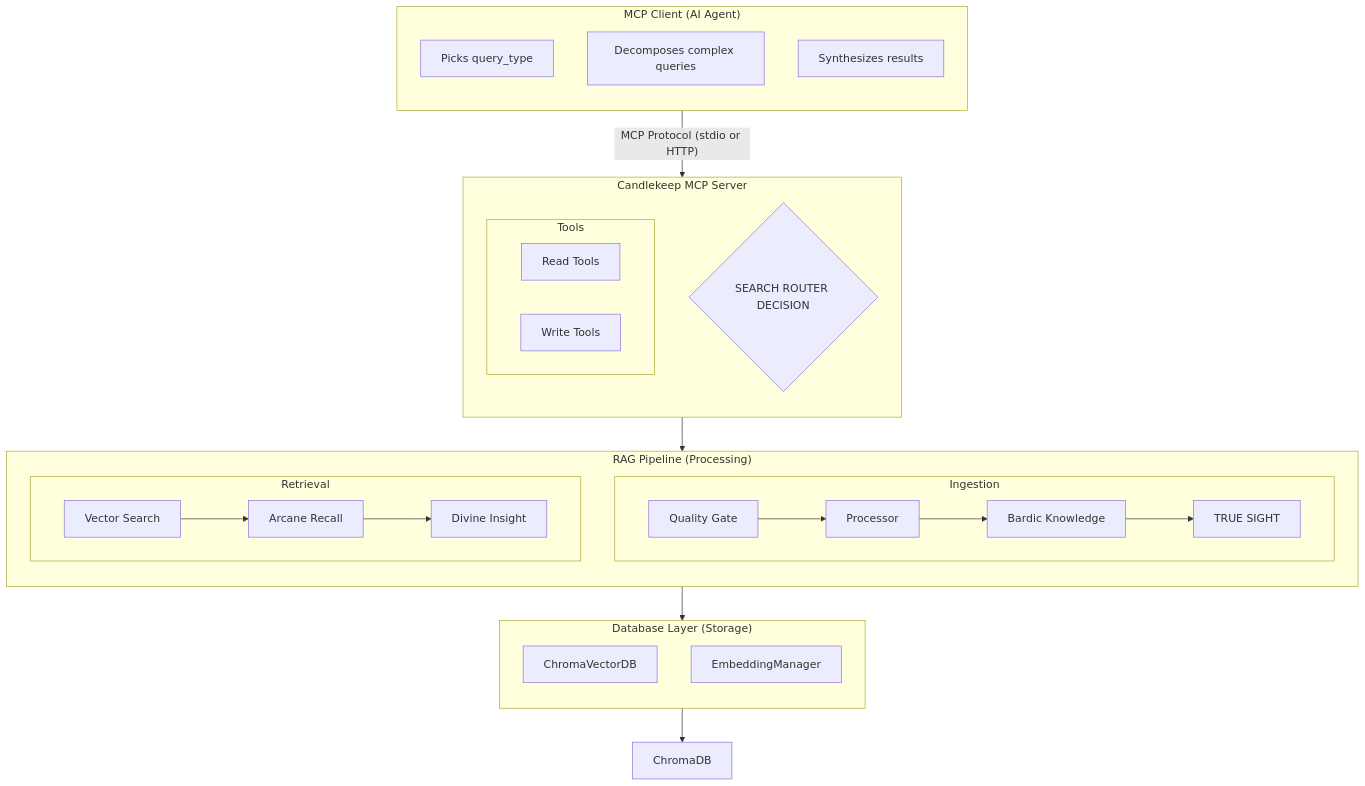
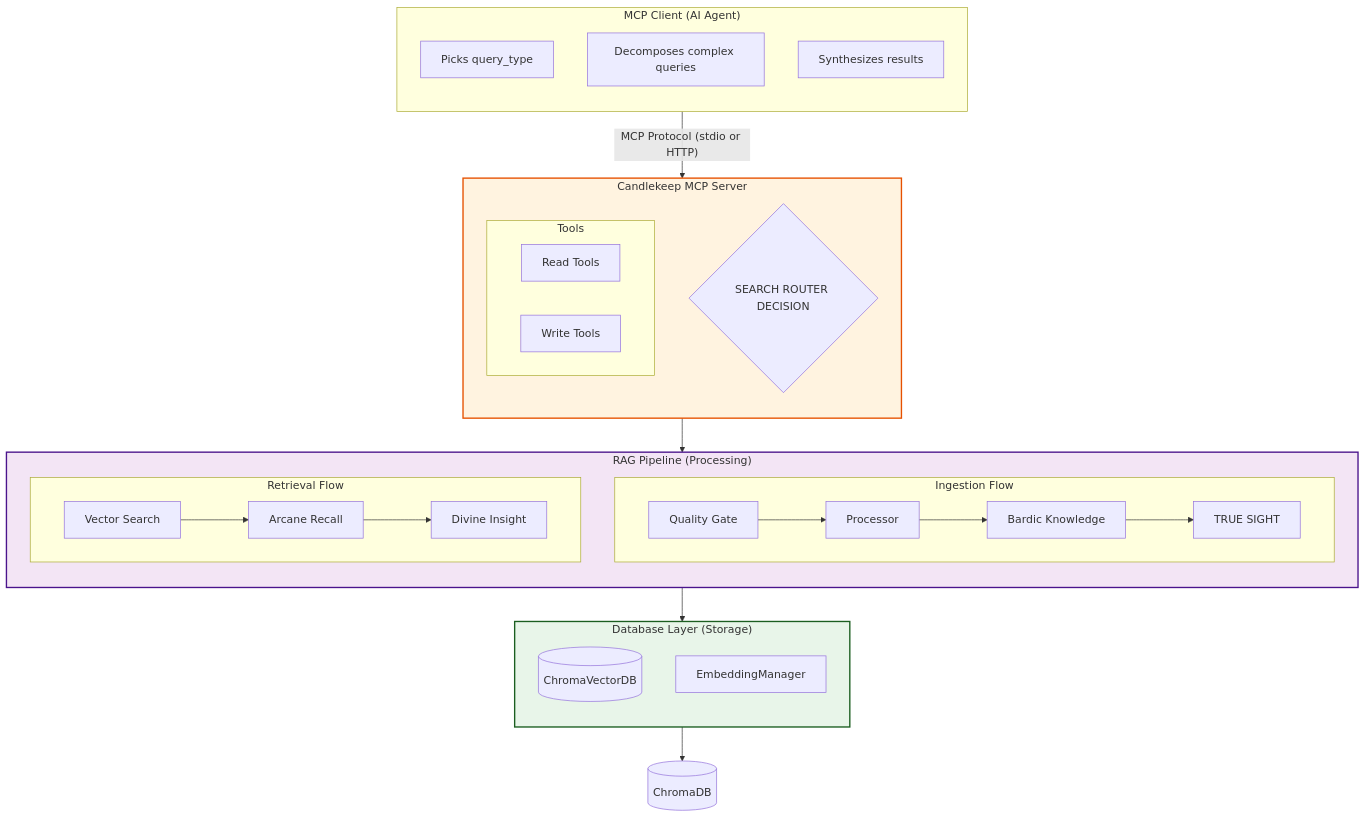
The first of 5 diagrams in docs/ARCHITECTURE.md (BansheeEmperor/candlekeep), drawn with Mermaid before and after one commit. The commit also changed other lines of this file and 1 other file, not shown here.

First line of the commit message:
docs: enhance mermaid diagrams with improved layout and styling

````diff
--- a/docs/ARCHITECTURE.md
+++ b/docs/ARCHITECTURE.md
@@ -9,46 +9,55 @@
 ```mermaid
 graph TD
+    classDef client fill:#e1f5fe,stroke:#01579b,stroke-width:2px;
+    classDef server fill:#fff3e0,stroke:#e65100,stroke-width:2px;
+    classDef pipeline fill:#f3e5f5,stroke:#4a148c,stroke-width:2px;
+    classDef db fill:#e8f5e9,stroke:#1b5e20,stroke-width:2px;
+
     subgraph Client ["MCP Client (AI Agent)"]
         direction TB
         C1[Picks query_type]
         C2[Decomposes complex queries]
         C3[Synthesizes results]
     end
+    class Client client;
 
     Client -- "MCP Protocol (stdio or HTTP)" --> Server
 
     subgraph Server ["Candlekeep MCP Server"]
         direction TB
         subgraph Tools ["Tools"]
             direction LR
             RT[Read Tools]
             WT[Write Tools]
         end
         Decision{SEARCH ROUTER DECISION}
     end
+    class Server server;
 
     Server --> Pipeline
 
     subgraph Pipeline ["RAG Pipeline (Processing)"]
         direction TB
-        subgraph Ingestion
+        subgraph Ingestion ["Ingestion Flow"]
             QG[Quality Gate] --> Proc[Processor]
             Proc --> BK[Bardic Knowledge]
             BK --> TS[TRUE SIGHT]
         end
-        subgraph Retrieval
+        subgraph Retrieval ["Retrieval Flow"]
             VS[Vector Search] --> AR[Arcane Recall]
             AR --> DI[Divine Insight]
         end
     end
+    class Pipeline pipeline;
 
     Pipeline --> Database
 
     subgraph Database ["Database Layer (Storage)"]
         direction TB
-        CVDB[ChromaVectorDB]
+        CVDB[(ChromaVectorDB)]
         EM[EmbeddingManager]
     end
+    class Database db;
 
-    Database --> Chroma[ChromaDB]
+    Database --> Chroma[(ChromaDB)]
 ```
````
